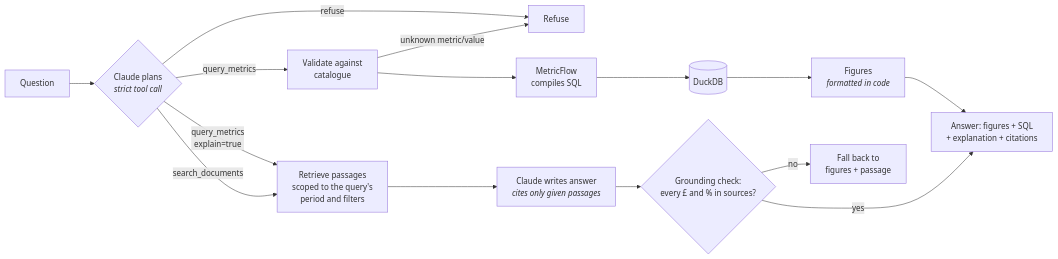
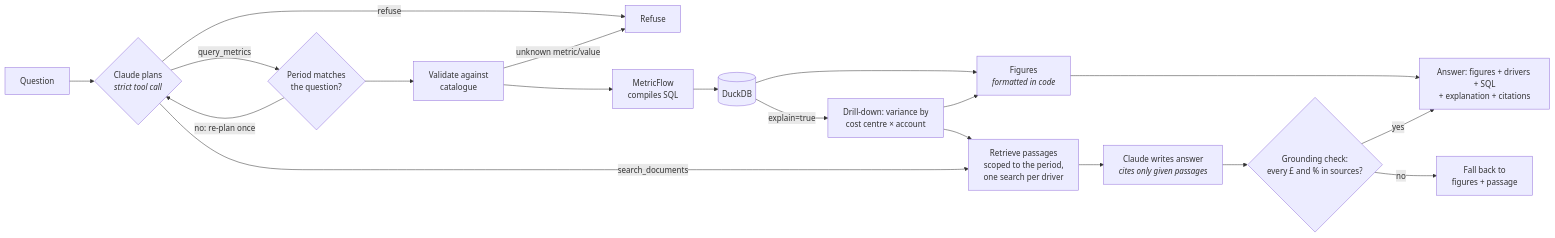
One commit to qraza/finance-tickmark changed the diagram in README.md. Above: the diagram before and after it, drawn with Mermaid. The commit also changed other lines of this file and 12 other files, not shown here.

First line of the commit message:
Drill-down for why answers, period check, chunking fix, parallel evals

````diff
--- a/README.md
+++ b/README.md
@@ -32,16 +32,20 @@
 ```mermaid
 flowchart LR
     Q[Question] --> P{Claude plans<br/><i>strict tool call</i>}
     P -->|refuse| X[Refuse]
-    P -->|query_metrics| V[Validate against<br/>catalogue]
+    P -->|query_metrics| PC{Period matches<br/>the question?}
+    PC -->|no: re-plan once| P
+    PC --> V[Validate against<br/>catalogue]
     V -->|unknown metric/value| X
     V --> MF[MetricFlow<br/>compiles SQL] --> DB[(DuckDB)]
     DB --> F[Figures<br/><i>formatted in code</i>]
-    P -->|query_metrics<br/>explain=true| S[Retrieve passages<br/>scoped to the query's<br/>period and filters]
+    DB -->|explain=true| D[Drill-down: variance by<br/>cost centre × account]
+    D --> S[Retrieve passages<br/>scoped to the period,<br/>one search per driver]
     P -->|search_documents| S
     S --> W[Claude writes answer<br/><i>cites only given passages</i>]
     W --> G{Grounding check:<br/>every £ and % in sources?}
     G -->|no| FB[Fall back to<br/>figures + passage]
-    F --> A[Answer: figures + SQL<br/>+ explanation + citations]
+    D --> F
+    F --> A[Answer: figures + drivers + SQL<br/>+ explanation + citations]
     G -->|yes| A
 ```
````
